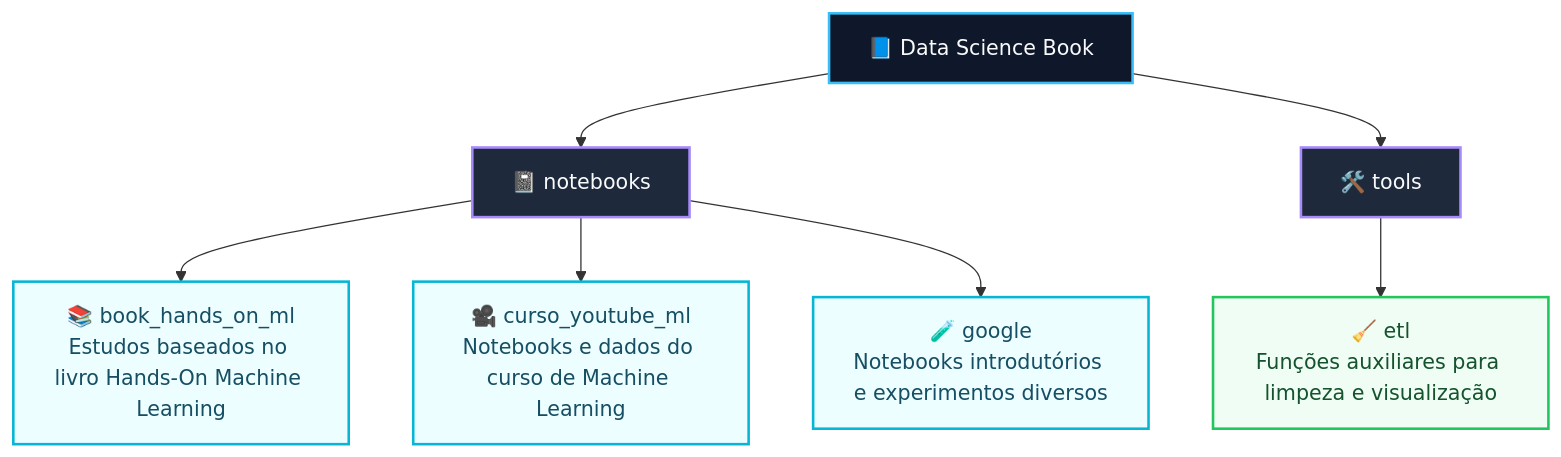
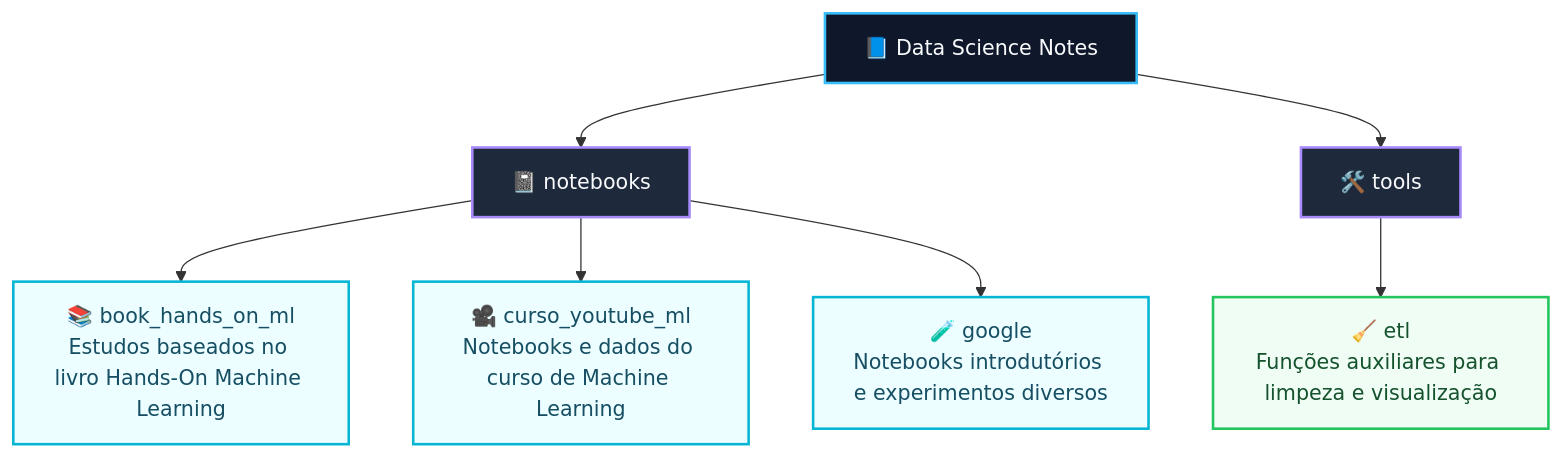
The diagram in README.md (Igor-Scalzer010/Data-Science-Notes), drawn with Mermaid before and after one commit.

Commit message:
update flowchart title in README.md

````diff
--- a/README.md
+++ b/README.md
@@ -19,28 +19,28 @@
 ```mermaid
 flowchart TD
-    root["📘 Data Science Book"]
+    root["📘 Data Science Notes"]
     notebooks["📓 notebooks"]
     tools["🛠️ tools"]
 
     book["📚 book_hands_on_ml<br/>Estudos baseados no livro Hands-On Machine Learning"]
     course["🎥 curso_youtube_ml<br/>Notebooks e dados do curso de Machine Learning"]
     google["🧪 google<br/>Notebooks introdutórios e experimentos diversos"]
     etl["🧹 etl<br/>Funções auxiliares para limpeza e visualização"]
 
     root --> notebooks
     root --> tools
     notebooks --> book
     notebooks --> course
     notebooks --> google
     tools --> etl
 
     classDef root fill:#0f172a,stroke:#38bdf8,color:#f8fafc,stroke-width:2px;
     classDef folder fill:#1e293b,stroke:#a78bfa,color:#f8fafc,stroke-width:2px;
     classDef notebook fill:#ecfeff,stroke:#06b6d4,color:#164e63,stroke-width:2px;
     classDef utility fill:#f0fdf4,stroke:#22c55e,color:#14532d,stroke-width:2px;
 
     class root root;
     class notebooks,tools folder;
     class book,course,google notebook;
     class etl utility;
 ```
````
